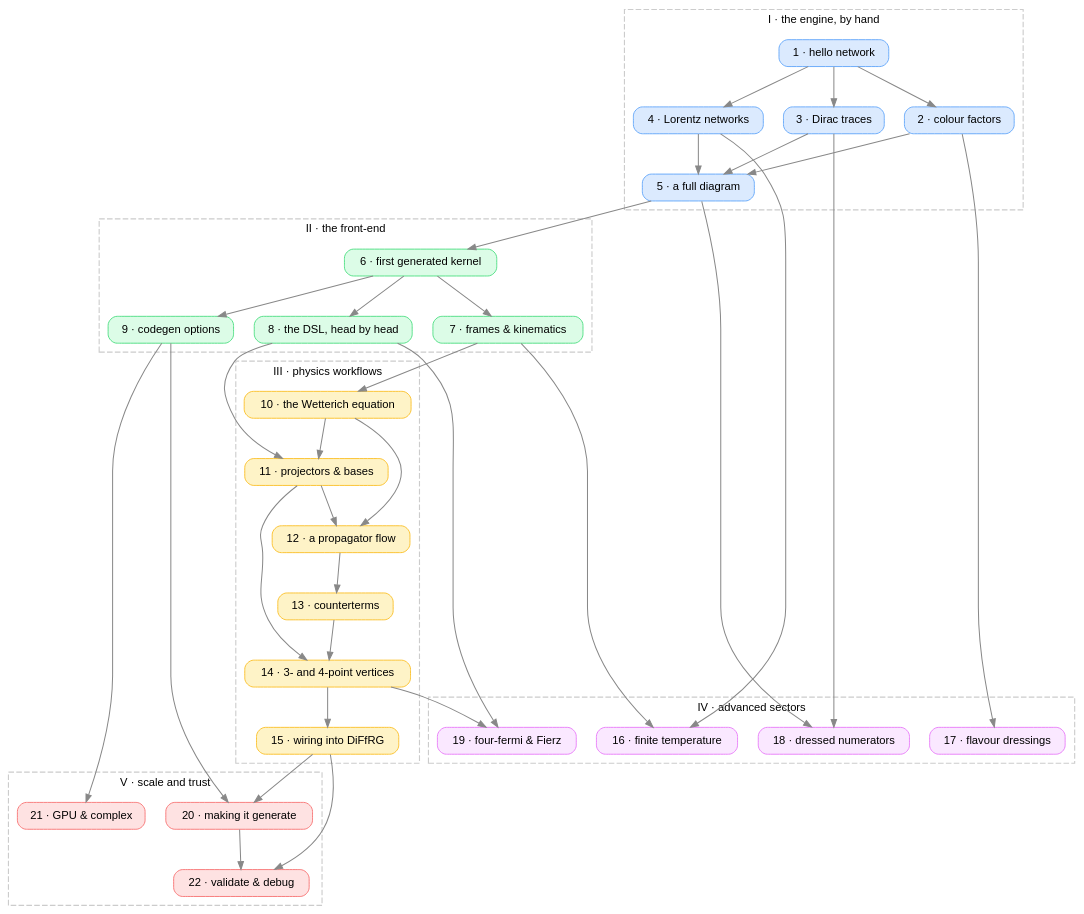
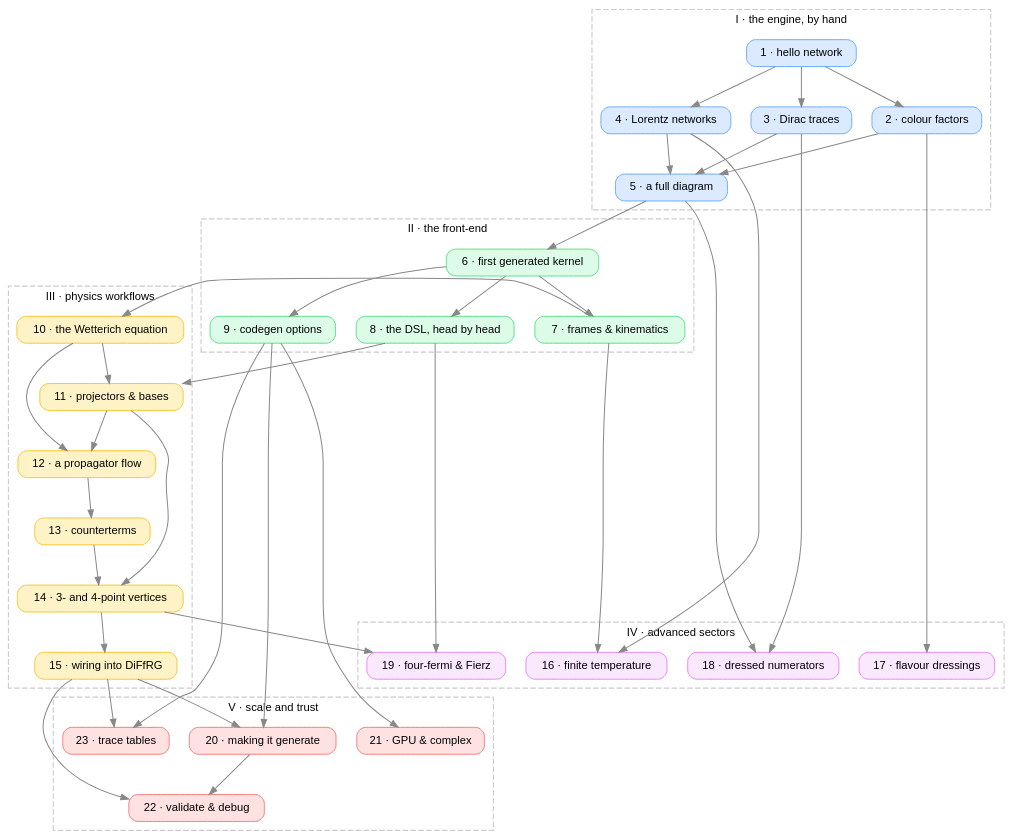
One commit to satfra/NumTracer changed the diagram in numtracer/documentation/tutorials/index.md. Above: the diagram before and after it, drawn with Graphviz. The commit also changed other lines of this file and 8 other files, not shown here.

Commit message:
docs: added tutorial for trace tables

````diff
--- a/numtracer/documentation/tutorials/index.md
+++ b/numtracer/documentation/tutorials/index.md
@@ -38,76 +38,78 @@
 ```{graphviz}
 :alt: How the tutorial steps build on one another
 
 digraph tutorials {
   bgcolor="transparent";
   rankdir=TB;
   node [shape=box, style="rounded,filled", fontname="Helvetica", fontsize=10,
         target="_top", penwidth=0.8, height=0.34];
   edge [color="#888888", arrowsize=0.7, penwidth=0.9];
 
   subgraph cluster_1 {
     label="I · the engine, by hand"; fontname="Helvetica"; fontsize=10;
     color="#cccccc"; style=dashed;
     node [fillcolor="#dbeafe", color="#60a5fa"];
     s01 [label="1 · hello network",     URL="../tutorials/step-01.html"];
     s02 [label="2 · colour factors",    URL="../tutorials/step-02.html"];
     s03 [label="3 · Dirac traces",      URL="../tutorials/step-03.html"];
     s04 [label="4 · Lorentz networks",  URL="../tutorials/step-04.html"];
     s05 [label="5 · a full diagram",    URL="../tutorials/step-05.html"];
   }
 
   subgraph cluster_2 {
     label="II · the front-end"; fontname="Helvetica"; fontsize=10;
     color="#cccccc"; style=dashed;
     node [fillcolor="#dcfce7", color="#4ade80"];
     s06 [label="6 · first generated kernel", URL="../tutorials/step-06.html"];
     s07 [label="7 · frames & kinematics",    URL="../tutorials/step-07.html"];
     s08 [label="8 · the DSL, head by head",  URL="../tutorials/step-08.html"];
     s09 [label="9 · codegen options",        URL="../tutorials/step-09.html"];
   }
 
   subgraph cluster_3 {
     label="III · physics workflows"; fontname="Helvetica"; fontsize=10;
     color="#cccccc"; style=dashed;
     node [fillcolor="#fef3c7", color="#fbbf24"];
     s10 [label="10 · the Wetterich equation", URL="../tutorials/step-10.html"];
     s11 [label="11 · projectors & bases",     URL="../tutorials/step-11.html"];
     s12 [label="12 · a propagator flow",      URL="../tutorials/step-12.html"];
     s13 [label="13 · counterterms",           URL="../tutorials/step-13.html"];
     s14 [label="14 · 3- and 4-point vertices",URL="../tutorials/step-14.html"];
     s15 [label="15 · wiring into DiFfRG",     URL="../tutorials/step-15.html"];
   }
 
   subgraph cluster_4 {
     label="IV · advanced sectors"; fontname="Helvetica"; fontsize=10;
     color="#cccccc"; style=dashed;
     node [fillcolor="#fae8ff", color="#e879f9"];
     s16 [label="16 · finite temperature",   URL="../tutorials/step-16.html"];
     s17 [label="17 · flavour dressings",    URL="../tutorials/step-17.html"];
     s18 [label="18 · dressed numerators",   URL="../tutorials/step-18.html"];
     s19 [label="19 · four-fermi & Fierz",   URL="../tutorials/step-19.html"];
   }
 
   subgraph cluster_5 {
     label="V · scale and trust"; fontname="Helvetica"; fontsize=10;
     color="#cccccc"; style=dashed;
     node [fillcolor="#fee2e2", color="#f87171"];
     s20 [label="20 · making it generate", URL="../tutorials/step-20.html"];
     s21 [label="21 · GPU & complex",      URL="../tutorials/step-21.html"];
     s22 [label="22 · validate & debug",   URL="../tutorials/step-22.html"];
+    s23 [label="23 · trace tables",       URL="../tutorials/step-23.html"];
   }
 
   s01 -> s02; s01 -> s03; s01 -> s04;
   s02 -> s05; s03 -> s05; s04 -> s05;
   s02 -> s17; s03 -> s18; s04 -> s16; s05 -> s18;
   s05 -> s06;
   s06 -> s07; s06 -> s08; s06 -> s09;
   s07 -> s10; s07 -> s16;
   s08 -> s11; s08 -> s19;
   s09 -> s20; s09 -> s21;
   s10 -> s11; s10 -> s12; s11 -> s12; s11 -> s14;
   s12 -> s13; s13 -> s14;
   s14 -> s15; s14 -> s19;
   s15 -> s20; s15 -> s22; s20 -> s22;
+  s09 -> s23; s15 -> s23;
 }
 ```
````
